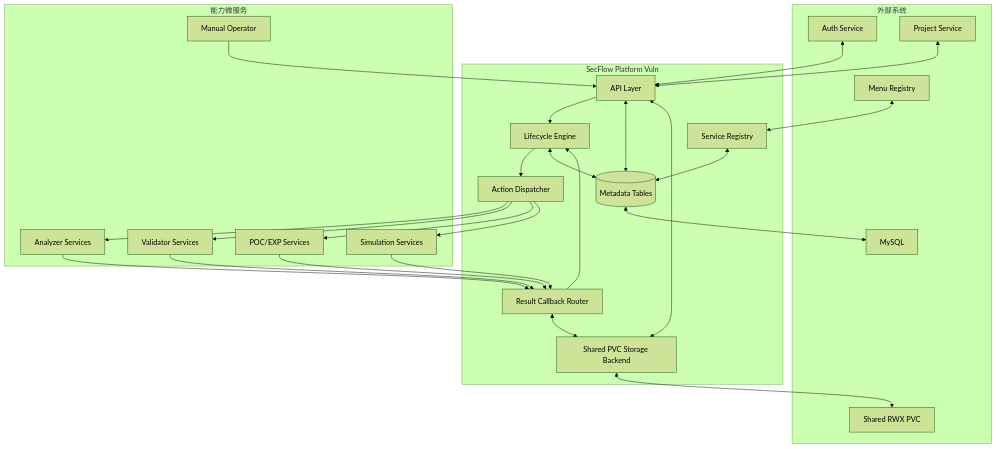
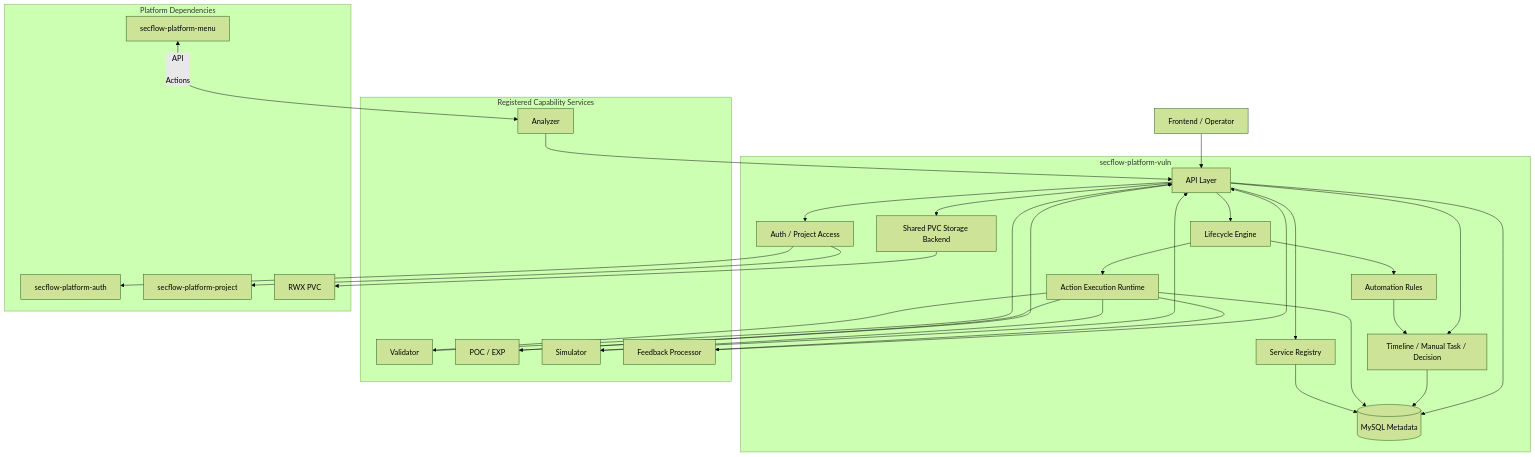
One commit to runshine/sothoth changed the diagram in 13-secflow-service/image_build/secflow-platform-vuln/doc/ARCHITECTURE.md. Above: the diagram before and after it, drawn with Mermaid (forest theme). The commit also changed other lines of this file and 11 other files, not shown here.

````diff
--- a/13-secflow-service/image_build/secflow-platform-vuln/doc/ARCHITECTURE.md
+++ b/13-secflow-service/image_build/secflow-platform-vuln/doc/ARCHITECTURE.md
@@ -24,51 +48,59 @@
 ```mermaid
 flowchart TB
-    subgraph External["外部系统"]
-        Auth["Auth Service"]
-        Project["Project Service"]
-        Menu["Menu Registry"]
-        MySQL["MySQL"]
-        SharedPVC["Shared RWX PVC"]
+    subgraph Platform["secflow-platform-vuln"]
+        API["API Layer"]
+        AuthDeps["Auth / Project Access"]
+        Registry["Service Registry"]
+        Engine["Lifecycle Engine"]
+        Actions["Action Execution Runtime"]
+        Rules["Automation Rules"]
+        Timeline["Timeline / Manual Task / Decision"]
+        Meta[(MySQL Metadata)]
+        Storage["Shared PVC Storage Backend"]
     end
 
-    subgraph VulnEngine["SecFlow Platform Vuln"]
-        API["API Layer"]
-        Registry["Service Registry"]
-        Engine["Lifecycle Engine"]
-        Dispatcher["Action Dispatcher"]
-        Callback["Result Callback Router"]
-        Storage["Shared PVC Storage Backend"]
-        DB[(Metadata Tables)]
+    subgraph Capability["Registered Capability Services"]
+        Analyzer["Analyzer"]
+        Validator["Validator"]
+        POC["POC / EXP"]
+        Simulator["Simulator"]
+        Feedback["Feedback Processor"]
     end
 
-    subgraph CapabilityServices["能力微服务"]
-        Analyzer["Analyzer Services"]
-        Validator["Validator Services"]
-        POC["POC/EXP Services"]
-        Simulator["Simulation Services"]
-        Human["Manual Operator"]
+    subgraph PlatformDeps["Platform Dependencies"]
+        Auth["secflow-platform-auth"]
+        Project["secflow-platform-project"]
+        Menu["secflow-platform-menu"]
+        PVC["RWX PVC"]
     end
 
-    Auth <--> API
-    Project <--> API
-    Menu <--> Registry
+    User["Frontend / Operator"] --> API
+    API --> AuthDeps
+    AuthDeps --> Auth
+    AuthDeps --> Project
+    API --> Registry
     API --> Engine
-    Engine --> Dispatcher
-    Dispatcher --> Analyzer
-    Dispatcher --> Validator
-    Dispatcher --> POC
-    Dispatcher --> Simulator
-    Human --> API
-    Analyzer --> Callback
-    Validator --> Callback
-    POC --> Callback
-    Simulator --> Callback
-    Callback --> Engine
-    API <--> DB
-    Registry <--> DB
-    Engine <--> DB
-    Storage <--> SharedPVC
-    API <--> Storage
-    Callback <--> Storage
-    DB <--> MySQL
+    Engine --> Actions
+    Engine --> Rules
+    Rules --> Timeline
+    API --> Timeline
+    Registry --> Meta
+    Actions --> Meta
+    Timeline --> Meta
+    API --> Meta
+    Storage --> PVC
+    API --> Storage
+    Menu <-- API
+
+    Actions --> Analyzer
+    Actions --> Validator
+    Actions --> POC
+    Actions --> Simulator
+    Actions --> Feedback
+
+    Analyzer --> API
+    Validator --> API
+    POC --> API
+    Simulator --> API
+    Feedback --> API
 ```
````
